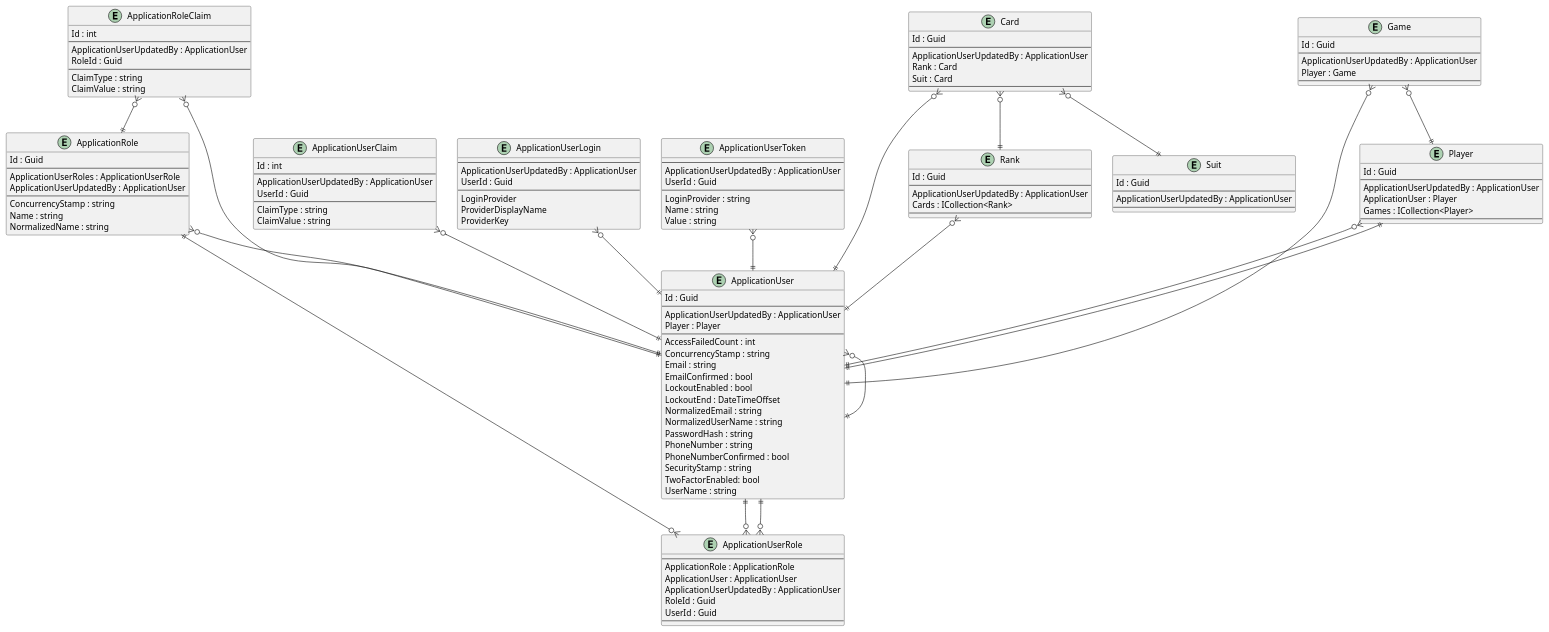
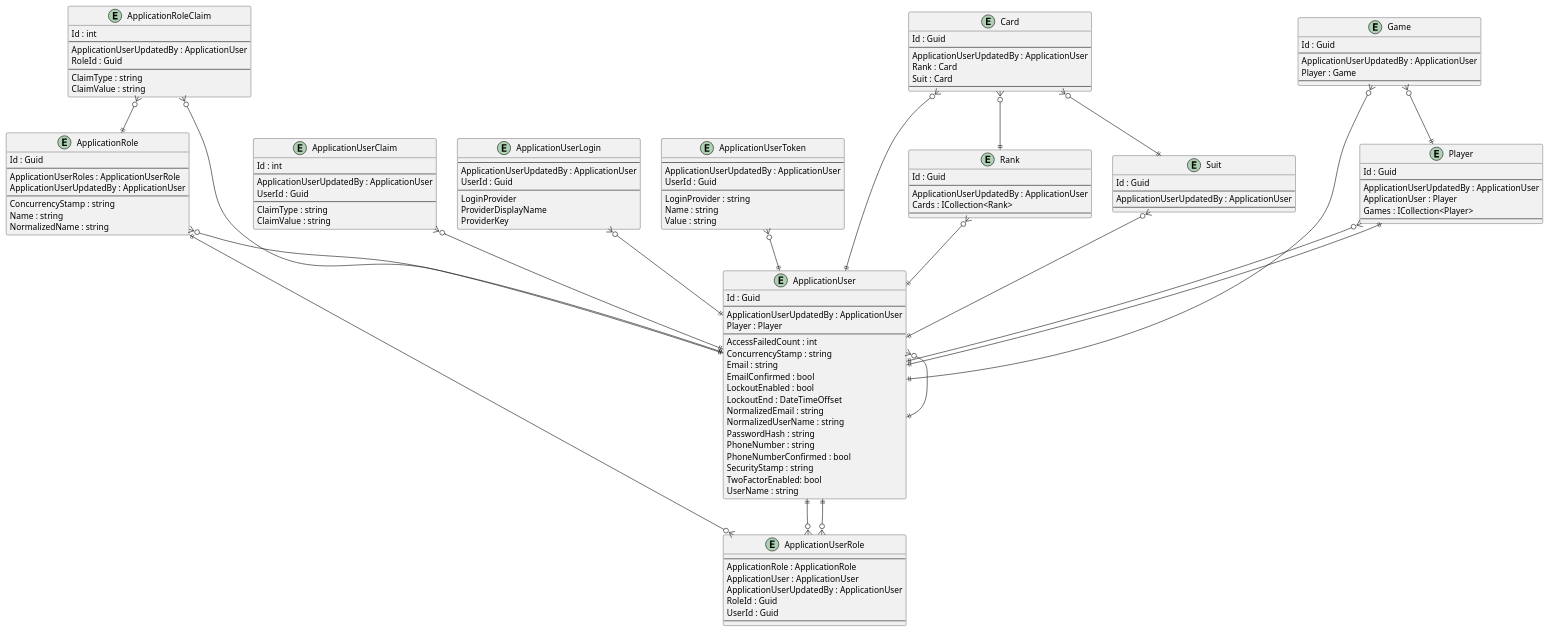
The diagram in .docs/Intrepion.KlondikeSolitaire.pu (intrepion/intrepion_klondike-solitaire_csharp), drawn with PlantUML before and after one commit.

Commit message:
gawk -i inplace "{ gsub(/' RelationshipCodePlaceholder/, \"Suit }o--|| ApplicationUser\n' RelationshipCodePlaceholder\") }; { print }" .docs/Intrepion.KlondikeSolitaire.pu

```diff
--- a/.docs/Intrepion.KlondikeSolitaire.pu
+++ b/.docs/Intrepion.KlondikeSolitaire.pu
@@ -1,161 +1,162 @@
 @startuml
 
 entity ApplicationRole {
     Id : Guid
     --
     ApplicationUserRoles : ApplicationUserRole
     ApplicationUserUpdatedBy : ApplicationUser
     --
     ConcurrencyStamp : string
     Name : string
     NormalizedName : string
 }
 
 entity ApplicationRoleClaim {
     Id : int
     --
     ApplicationUserUpdatedBy : ApplicationUser
     RoleId : Guid
     --
     ClaimType : string
     ClaimValue : string
 }
 
 entity ApplicationUser {
     Id : Guid
     --
     ApplicationUserUpdatedBy : ApplicationUser
     Player : Player
     ' ApplicationUserKeyCodePlaceholder
     --
     AccessFailedCount : int
     ConcurrencyStamp : string
     Email : string
     EmailConfirmed : bool
     LockoutEnabled : bool
     LockoutEnd : DateTimeOffset
     NormalizedEmail : string
     NormalizedUserName : string
     PasswordHash : string
     PhoneNumber : string
     PhoneNumberConfirmed : bool
     SecurityStamp : string
     TwoFactorEnabled: bool
     UserName : string
 }
 
 entity ApplicationUserClaim {
     Id : int
     --
     ApplicationUserUpdatedBy : ApplicationUser
     UserId : Guid
     --
     ClaimType : string
     ClaimValue : string
 }
 
 entity ApplicationUserLogin {
     --
     ApplicationUserUpdatedBy : ApplicationUser
     UserId : Guid
     --
     LoginProvider
     ProviderDisplayName
     ProviderKey
 }
 
 entity ApplicationUserRole {
     --
     ApplicationRole : ApplicationRole
     ApplicationUser : ApplicationUser
     ApplicationUserUpdatedBy : ApplicationUser
     RoleId : Guid
     UserId : Guid
     --
 }
 
 entity ApplicationUserToken {
     --
     ApplicationUserUpdatedBy : ApplicationUser
     UserId : Guid
     --
     LoginProvider : string
     Name : string
     Value : string
 }
 
 entity Card {
     Id : Guid
     --
     ApplicationUserUpdatedBy : ApplicationUser
     Rank : Card
     Suit : Card
     ' CardKeyCodePlaceholder
     --
     ' CardPropertyCodePlaceholder
 }
 
 entity Game {
     Id : Guid
     --
     ApplicationUserUpdatedBy : ApplicationUser
     Player : Game
     ' GameKeyCodePlaceholder
     --
     ' GamePropertyCodePlaceholder
 }
 
 entity Player {
     Id : Guid
     --
     ApplicationUserUpdatedBy : ApplicationUser
     ApplicationUser : Player
     Games : ICollection<Player>
     ' PlayerKeyCodePlaceholder
     --
     ' PlayerPropertyCodePlaceholder
 }
 
 entity Rank {
     Id : Guid
     --
     ApplicationUserUpdatedBy : ApplicationUser
     Cards : ICollection<Rank>
     ' RankKeyCodePlaceholder
     --
     ' RankPropertyCodePlaceholder
 }
 
 entity Suit {
     Id : Guid
     --
     ApplicationUserUpdatedBy : ApplicationUser
     ' SuitKeyCodePlaceholder
     --
     ' SuitPropertyCodePlaceholder
 }
 
 ' EntityCodePlaceholder
 
 ApplicationRole ||--o{ ApplicationUserRole
 ApplicationRole }o--|| ApplicationUser
 ApplicationRoleClaim }o--|| ApplicationRole
 ApplicationRoleClaim }o--|| ApplicationUser
 ApplicationUser }o--|| ApplicationUser
 ApplicationUser ||--o{ ApplicationUserRole
 ApplicationUserClaim }o--|| ApplicationUser
 ApplicationUserLogin }o--|| ApplicationUser
 ApplicationUserRole }o--|| ApplicationUser
 ApplicationUserToken }o--|| ApplicationUser
 
 Card }o--|| ApplicationUser
 Card }o--|| Rank
 Card }o--|| Suit
 Game }o--|| ApplicationUser
 Game }o--|| Player
 Player }o--|| ApplicationUser
 Player ||--|| ApplicationUser
 Rank }o--|| ApplicationUser
+Suit }o--|| ApplicationUser
 ' RelationshipCodePlaceholder
 
 @enduml
```
